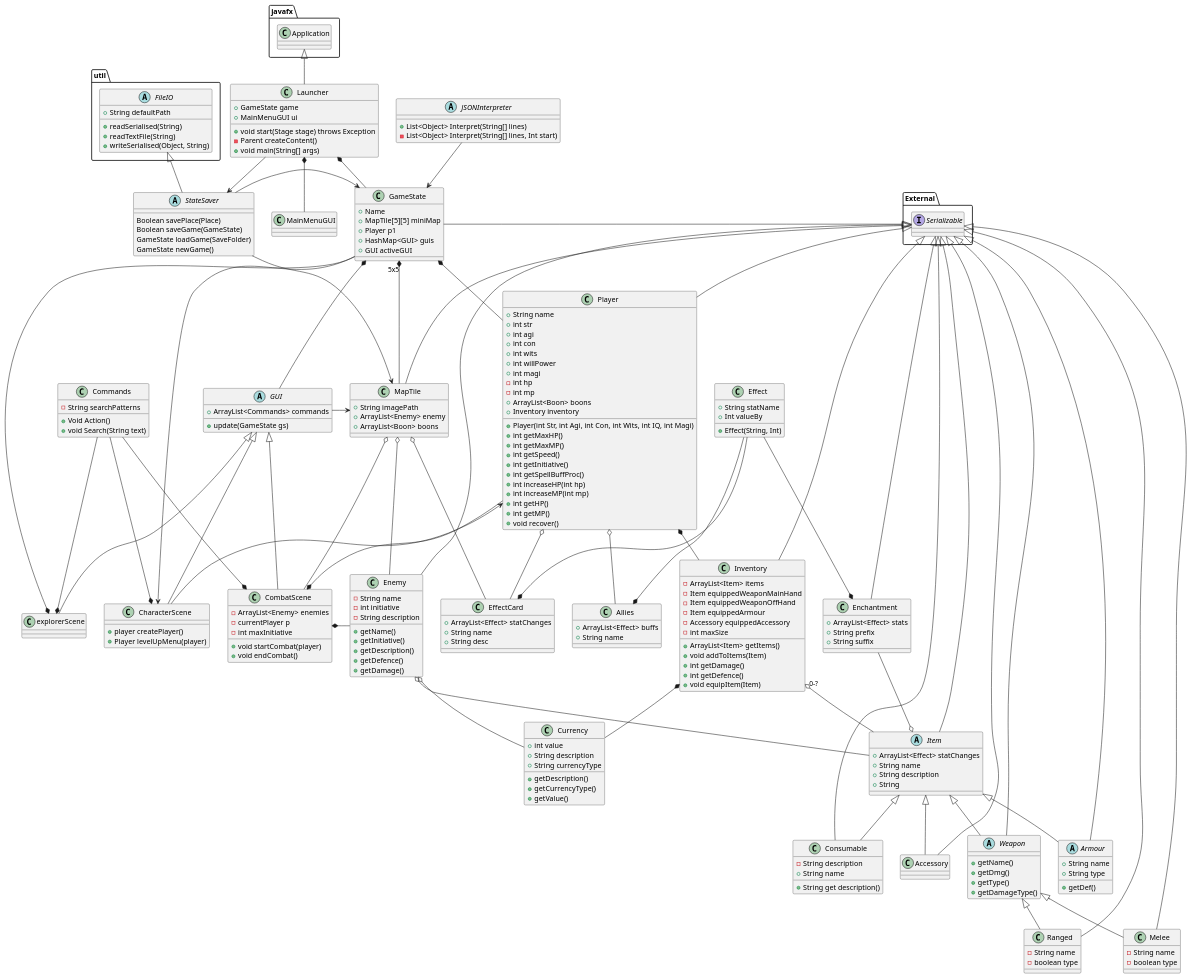
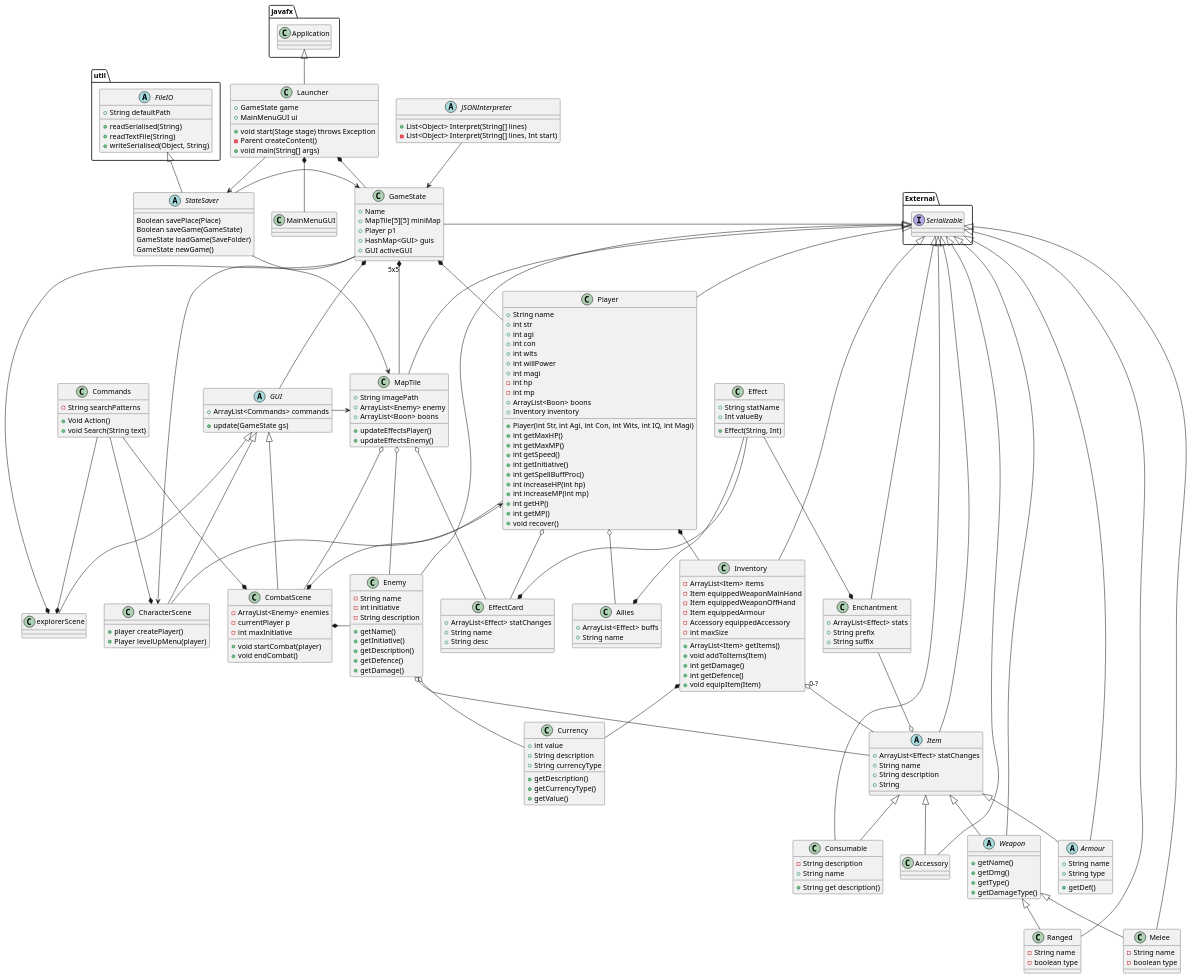
Before and after one commit to SirRolin/Philoshopers-ICE: the diagram in Documentation/klassediagram.puml, drawn with PlantUML. The commit also changed 6 other files, not shown here.

```diff
--- a/Documentation/klassediagram.puml
+++ b/Documentation/klassediagram.puml
@@ -93,6 +93,8 @@
     + void equipItem(Item)
 }
 class MapTile extends External.Serializable {
+    + updateEffectsPlayer()
+    + updateEffectsEnemy()
     + String imagePath
     + ArrayList<Enemy> enemy
     + ArrayList<Boon> boons
```
